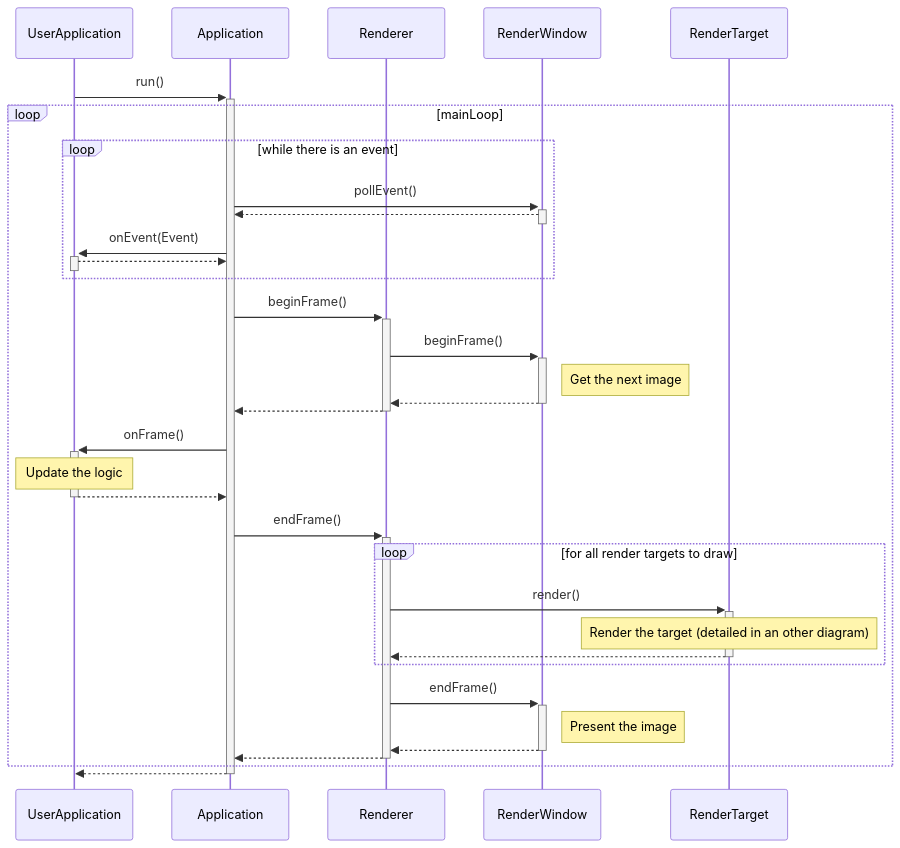
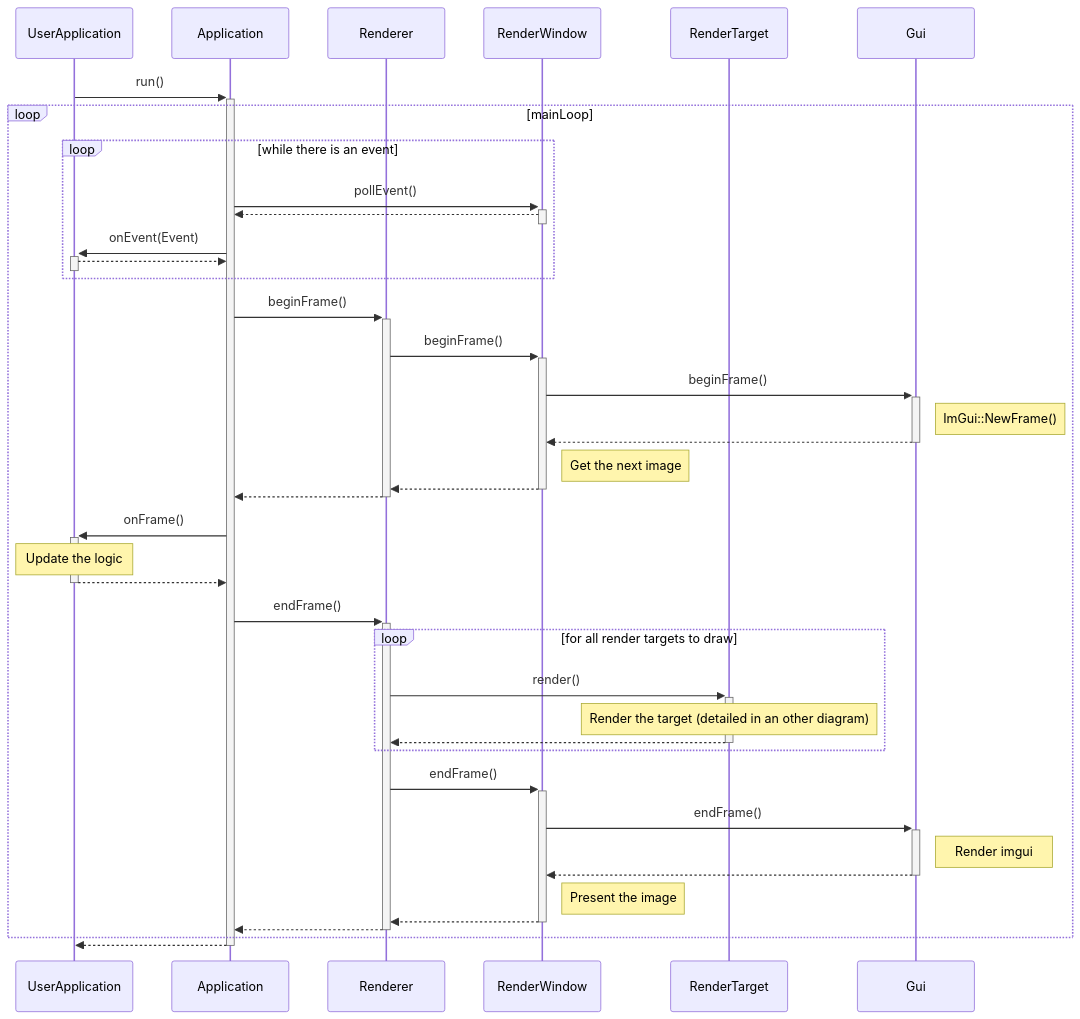
Before and after one commit to Lugdunum3D/Lugdunum: the second of 5 diagrams in doc/architecture.md, drawn with Mermaid. The commit also changed other lines of this file and 6 other files, not shown here.

````diff
--- a/doc/architecture.md
+++ b/doc/architecture.md
@@ -226,49 +138,59 @@
 ```mermaid
 sequenceDiagram
 participant UserApplication
 participant Application
 participant Renderer
 participant RenderWindow
 participant RenderTarget
+participant Gui
 
 UserApplication->>+Application: run()
 
 loop mainLoop
     loop while there is an event
         Application->>+RenderWindow: pollEvent()
         RenderWindow-->>-Application: 
         Application->>+UserApplication: onEvent(Event)
         UserApplication-->>-Application: 
     end
 
     Application->>+Renderer: beginFrame()
     Renderer->>+RenderWindow: beginFrame()
+    RenderWindow->>+Gui: beginFrame()
+    note right of Gui: ImGui::NewFrame()
+    Gui-->>-RenderWindow: 
     note right of RenderWindow: Get the next image
     RenderWindow-->>-Renderer: 
+
+
     Renderer-->>-Application: 
 
     Application->>+UserApplication: onFrame()
     note over UserApplication: Update the logic
     UserApplication-->>-Application: 
 
 
 
     Application->>+Renderer: endFrame()
 
     loop for all render targets to draw
         Renderer->>+RenderTarget: render()
         note over RenderTarget: Render the target (detailed in an other diagram)
         RenderTarget-->>-Renderer: 
     end
 
     Renderer->>+RenderWindow: endFrame()
+    RenderWindow->>+Gui: endFrame()
+    note right of Gui: Render imgui
+    Gui-->>-RenderWindow: 
+
     note right of RenderWindow: Present the image
     RenderWindow-->>-Renderer: 
 
     Renderer-->>-Application: 
 end
 
 Application-->>-UserApplication: 
 
 # comment is necessary
 ```
````
